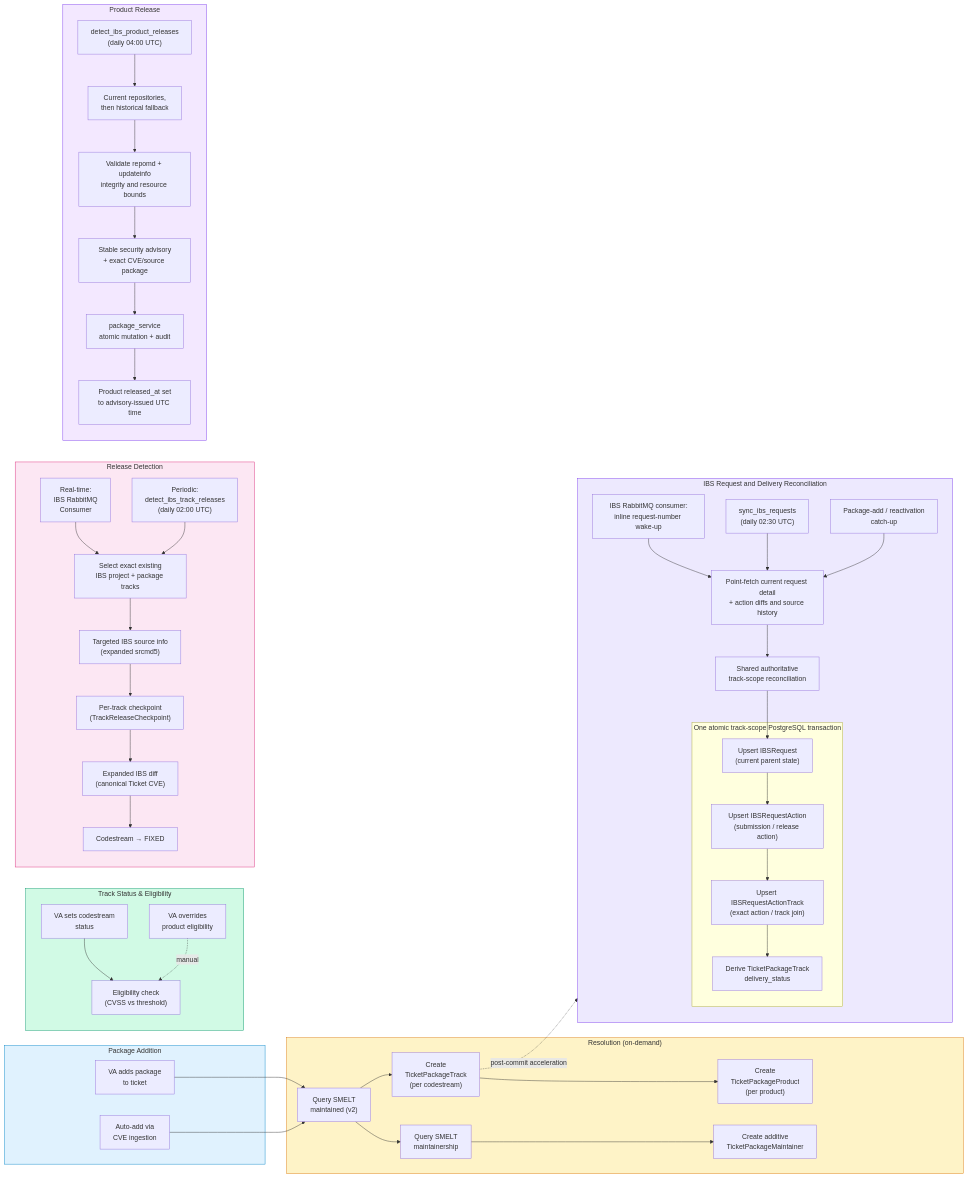
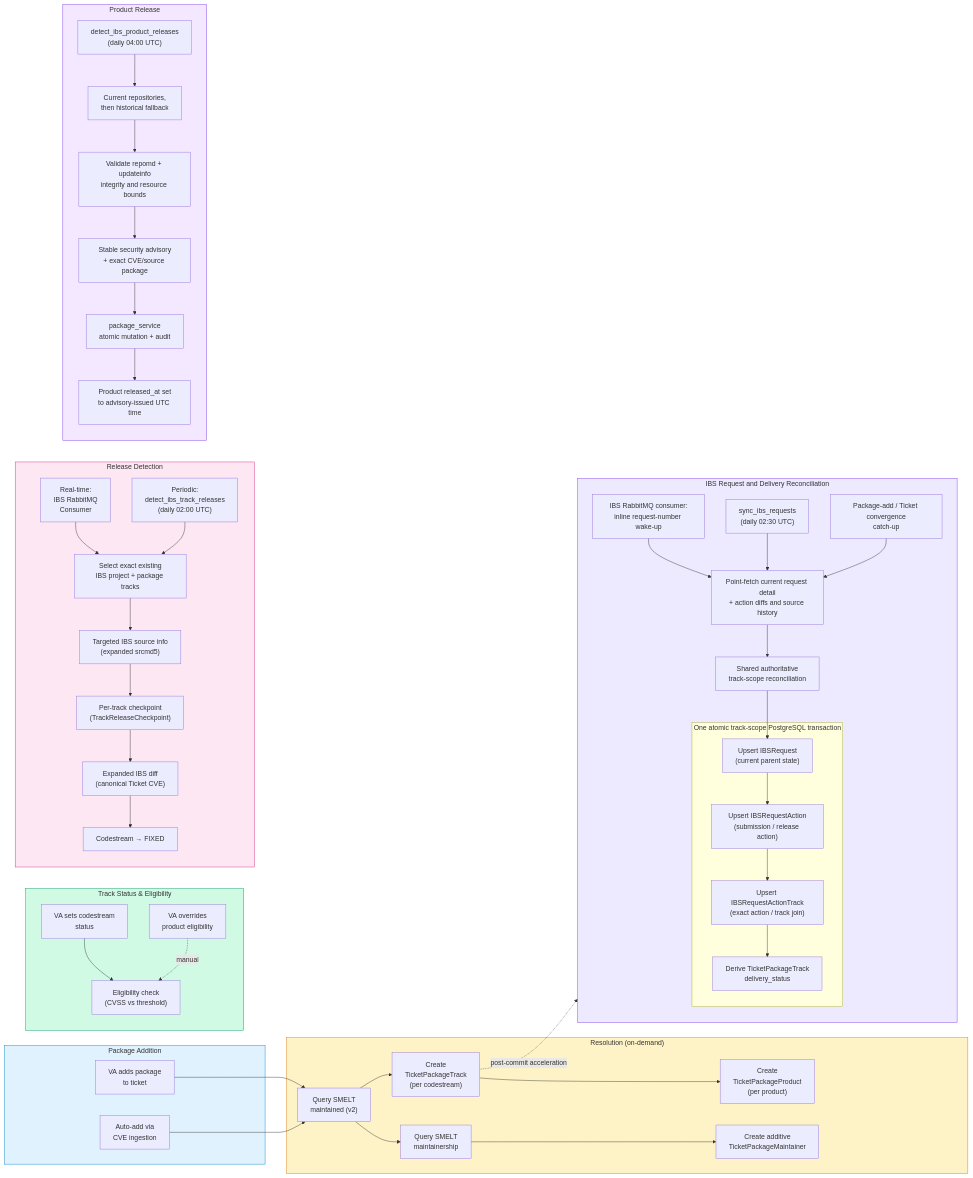
One commit to StayPirate/sentinel changed the fourth of 7 diagrams in docs/system-map.md. Above: the diagram before and after it, drawn with Mermaid. The commit also changed other lines of this file and 29 other files, not shown here.

Commit message:
docs: complete Ticket gates and reactivation recovery (#500)

```diff
--- a/docs/system-map.md
+++ b/docs/system-map.md
@@ -538,7 +538,7 @@
         direction TB
         REQ_EVENT["IBS RabbitMQ consumer:<br/>inline request-number wake-up"]
         REQ_PERIODIC["sync_ibs_requests<br/>(daily 02:30 UTC)"]
-        REQ_CATCHUP["Package-add / reactivation<br/>catch-up"]
+        REQ_CATCHUP["Package-add / Ticket convergence<br/>catch-up"]
         CURRENT["Point-fetch current request detail<br/>+ action diffs and source history"]
         SHARED["Shared authoritative<br/>track-scope reconciliation"]
         subgraph request_tx["One atomic track-scope PostgreSQL transaction"]
```
